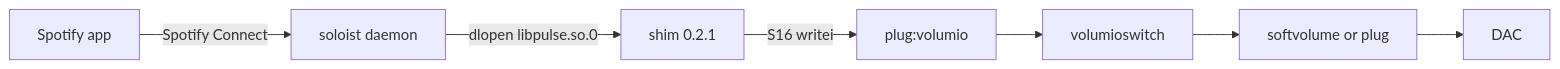
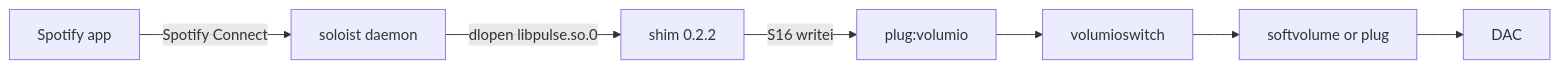
Before and after one commit to foonerd/alsa_soloist_connect: the first of 4 diagrams in README.md, drawn with Mermaid. The commit also changed other lines of this file and 12 other files, not shown here.

````diff
--- a/README.md
+++ b/README.md
@@ -32,9 +32,9 @@
 ```mermaid
 flowchart LR
     SpotifyApp["Spotify app"] -->|"Spotify Connect"| Soloist["soloist daemon"]
-    Soloist -->|"dlopen libpulse.so.0"| Shim["shim 0.2.1"]
+    Soloist -->|"dlopen libpulse.so.0"| Shim["shim 0.2.2"]
     Shim -->|"S16 writei"| Plug["plug:volumio"]
     Plug --> Switch["volumioswitch"]
     Switch --> Out["softvolume or plug"]
     Out --> Dac["DAC"]
 ```
````
